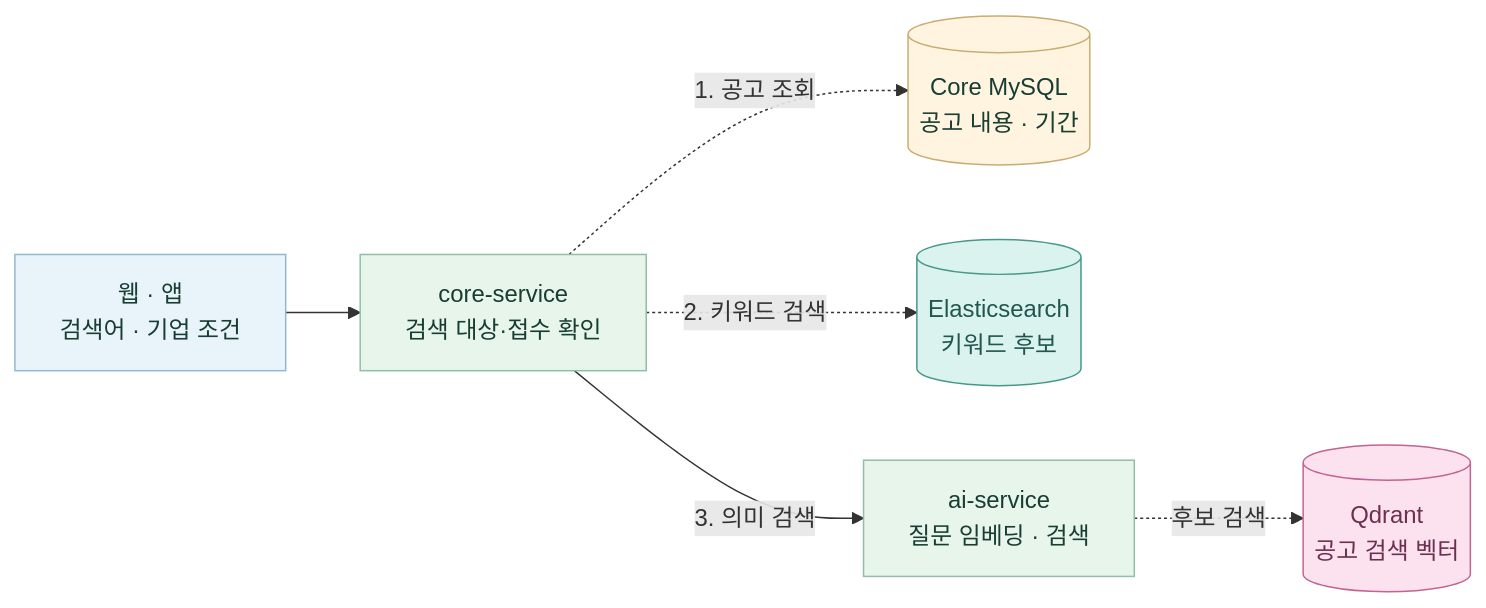
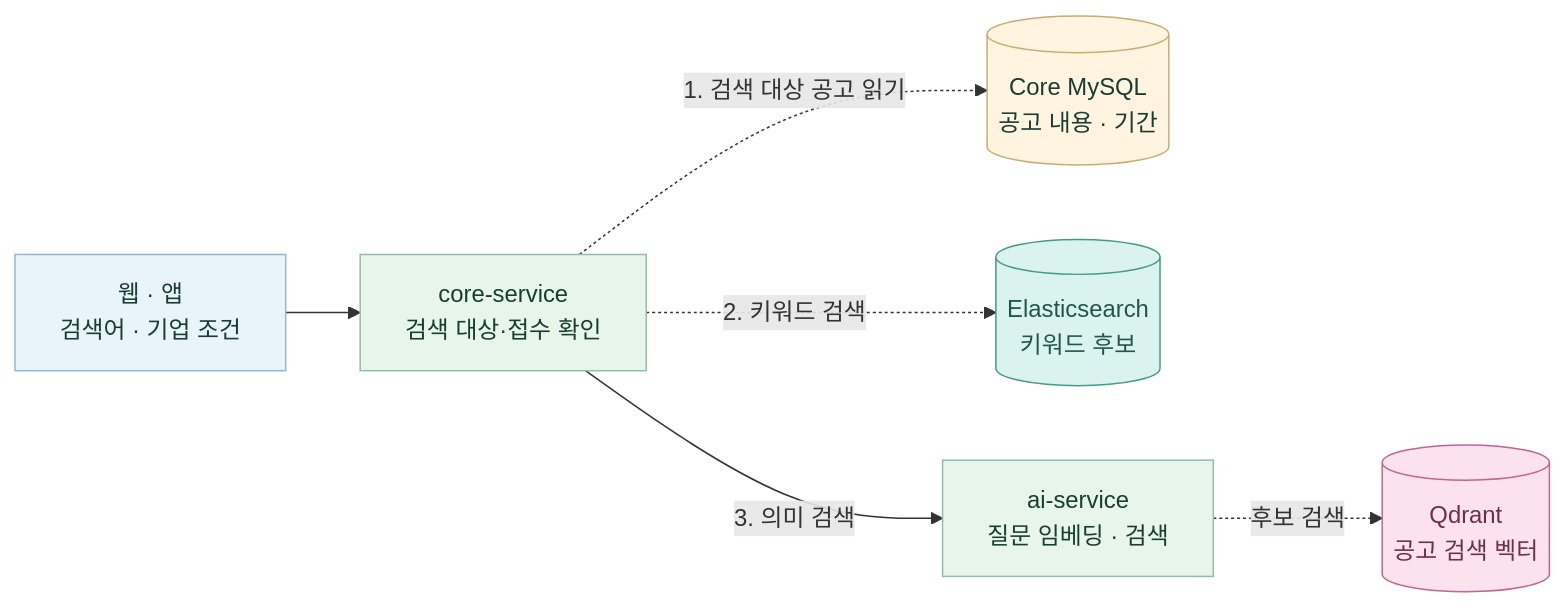
One commit to 20220348-kim/SKN34-4th-1Team changed diagram 11 of 17 in README.md. Above: the diagram before and after it, drawn with Mermaid. The commit also changed other lines of this file, not shown here.

````diff
--- a/README.md
+++ b/README.md
@@ -477,18 +477,18 @@
 ```mermaid
 flowchart LR
     User["웹 · 앱<br/>검색어 · 기업 조건"] --> Core["core-service<br/>검색 대상·접수 확인"]
-    Core -.->|1. 공고 조회| CoreDB[("Core MySQL<br/>공고 내용 · 기간")]
+    Core -.->|1. 검색 대상 공고 읽기| CoreDB[("Core MySQL<br/>공고 내용 · 기간")]
     Core -.->|2. 키워드 검색| Elastic[("Elasticsearch<br/>키워드 후보")]
     Core -->|3. 의미 검색| AI["ai-service<br/>질문 임베딩 · 검색"]
     AI -. 후보 검색 .-> Qdrant[("Qdrant<br/>공고 검색 벡터")]
     classDef client fill:#e8f3fa,stroke:#91b9cd,color:#183d32
     classDef service fill:#e7f5eb,stroke:#92bda6,color:#183d32
     classDef mysql fill:#fff4df,stroke:#c8ad72,color:#183d32
     classDef vectorDb fill:#fce2ef,stroke:#c26493,color:#6b2f50
     classDef searchIndex fill:#dbf3ef,stroke:#46988a,color:#20564f
     class User client
     class Core,AI service
     class CoreDB mysql
     class Qdrant vectorDb
     class Elastic searchIndex
 ```
````
